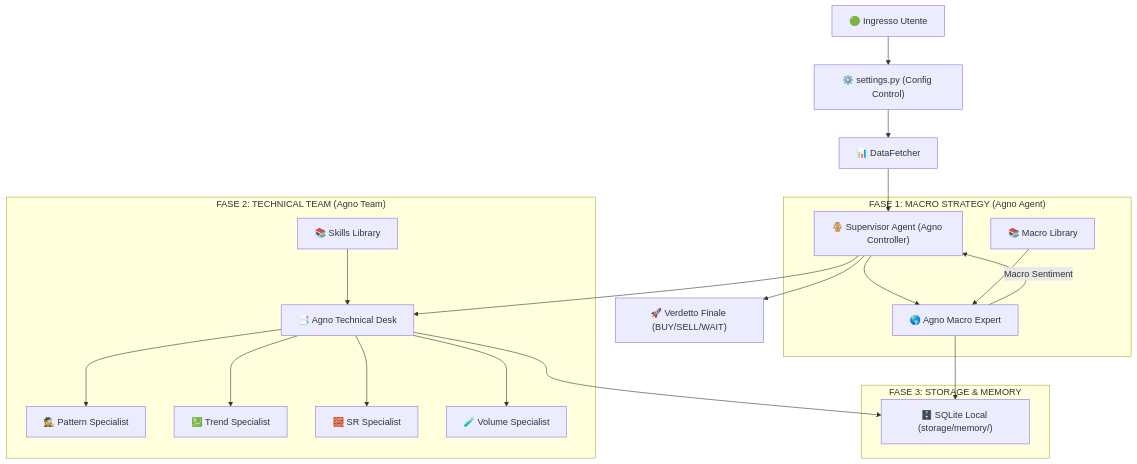
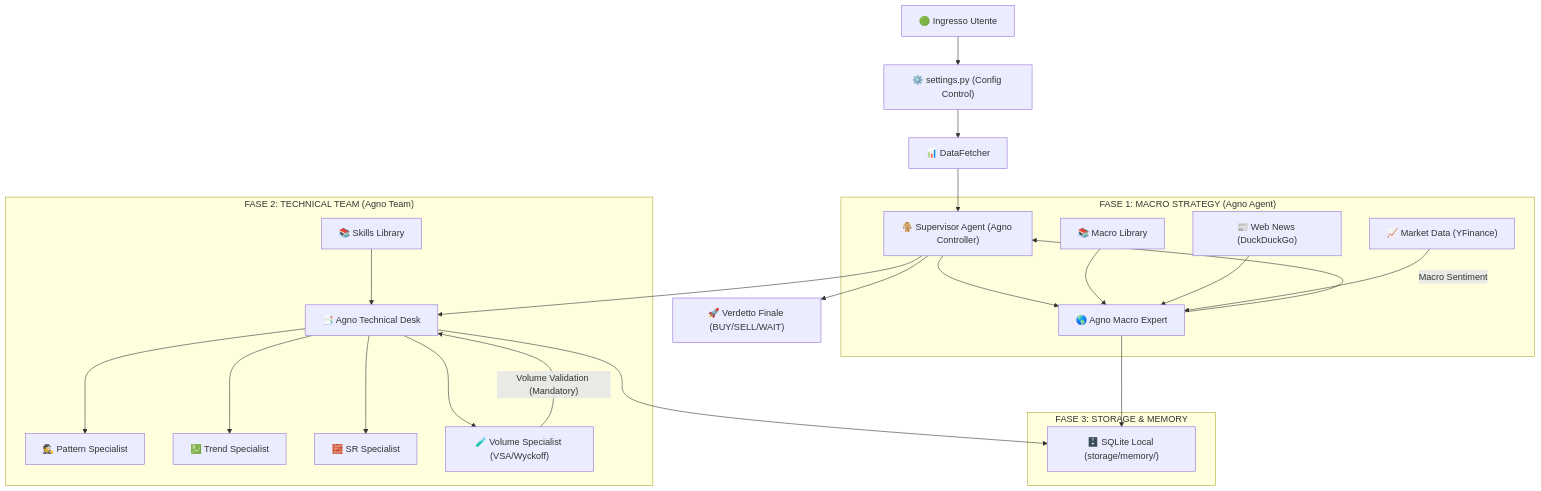
Before and after one commit to 77gpp/Trading-App: the diagram in documentazione/architettura.md, drawn with Mermaid. The commit also changed other lines of this file and 5 other files, not shown here.

Commit message:
feat: Introduce a multi-agent architecture with specialist, orchestrator, and macro expert agents, alongside updated data fetching, application flow, documentation, and a new database.

````diff
--- a/documentazione/architettura.md
+++ b/documentazione/architettura.md
@@ -7,27 +7,30 @@
 ```mermaid
 graph TD
     User["🟢 Ingresso Utente"] --> Settings["⚙️ settings.py (Config Control)"]
     Settings --> Data["📊 DataFetcher"]
     Data --> Sup["🧥 Supervisor Agent (Agno Controller)"]
     
     subgraph "FASE 1: MACRO STRATEGY (Agno Agent)"
         Sup --> Macro["🌎 Agno Macro Expert"]
         MacroLib["📚 Macro Library"] --> Macro
+        Web["📰 Web News (DuckDuckGo)"] --> Macro
+        Mkt["📈 Market Data (YFinance)"] --> Macro
         Macro -->|"Macro Sentiment"| Sup
     end
 
     subgraph "FASE 2: TECHNICAL TEAM (Agno Team)"
         Sup --> Team["📑 Agno Technical Desk"]
         Team --> Pat["🕵️ Pattern Specialist"]
         Team --> Trd["💹 Trend Specialist"]
         Team --> SR["🧱 SR Specialist"]
-        Team --> Vol["🧪 Volume Specialist"]
+        Team --> Vol["🧪 Volume Specialist (VSA/Wyckoff)"]
         SkillLib["📚 Skills Library"] --> Team
+        Vol -->|"Volume Validation (Mandatory)"| Team
     end
 
     subgraph "FASE 3: STORAGE & MEMORY"
         Macro & Team --> SQL["🗄️ SQLite Local (storage/memory/)"]
     end
 
     Sup --> Final["🚀 Verdetto Finale (BUY/SELL/WAIT)"]
 ```
````
